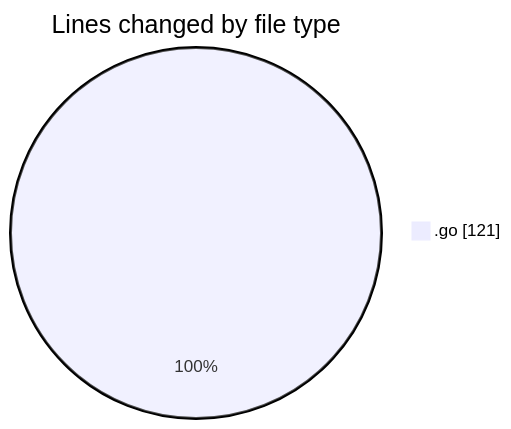
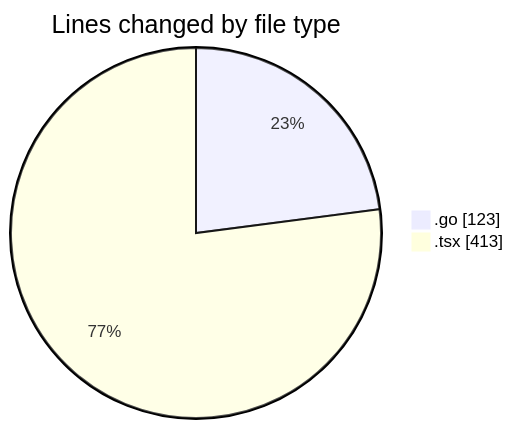
The first of 2 diagrams in 2025-03-03/termonied_testador/README.md (robertbonfada/code-tracking), drawn with Mermaid before and after one commit. The commit also changed other lines of this file and 1 other file, not shown here.

````diff
--- a/2025-03-03/termonied_testador/README.md
+++ b/2025-03-03/termonied_testador/README.md
@@ -20,5 +21,6 @@
 ```mermaid
 pie showData
 title Lines changed by file type
-".go" : 121
+".go" : 123
+".tsx" : 413
 ```
````
